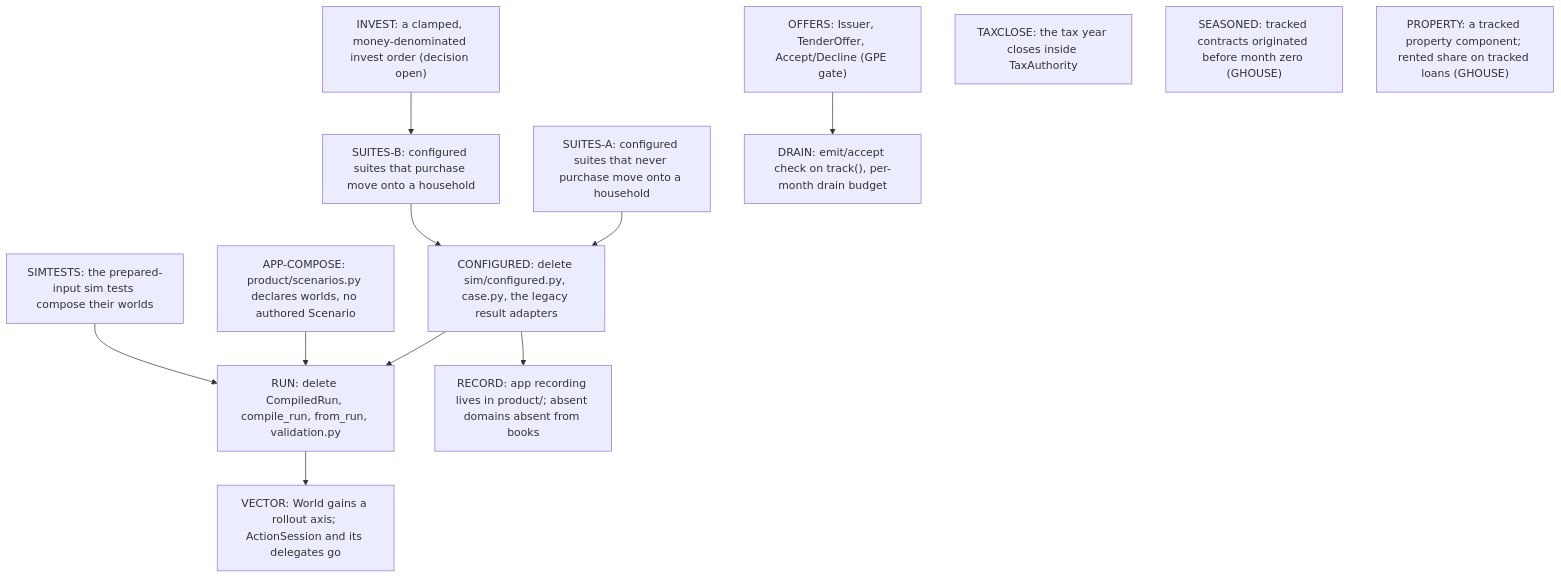
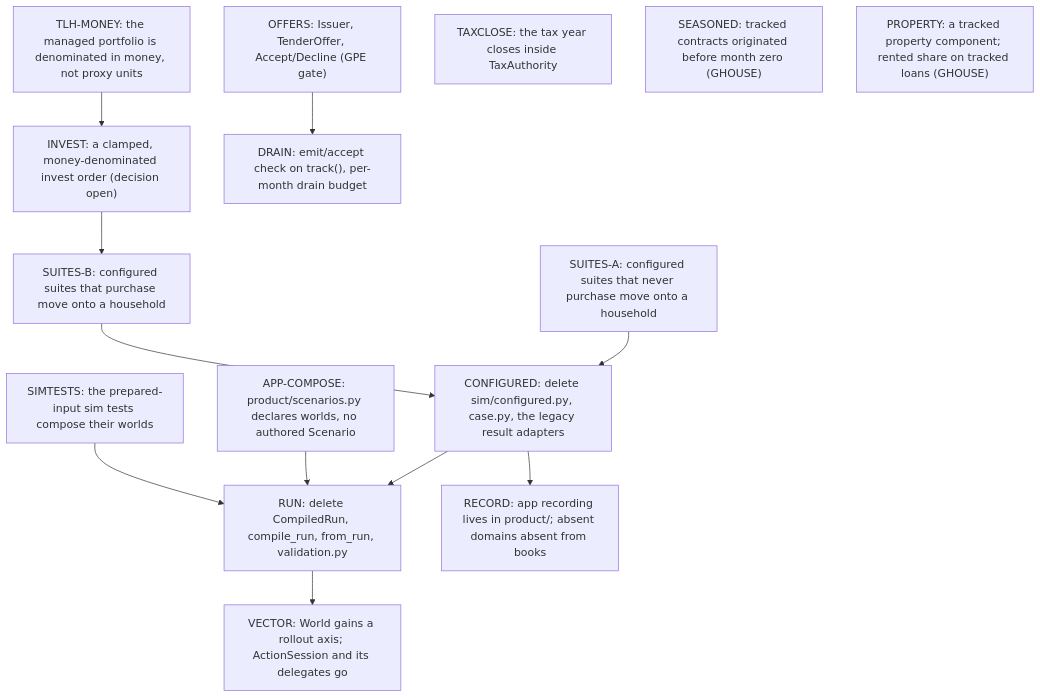
Before and after one commit to agentydragon/ducktape: the diagram in finance/augur/plans/library_design_gates.md, drawn with Mermaid. The commit also changed other lines of this file, not shown here.

First line of the commit message:
augur: TLH-MONEY, the managed portfolio denominated in money, precedes INVEST

````diff
--- a/finance/augur/plans/library_design_gates.md
+++ b/finance/augur/plans/library_design_gates.md
@@ -251,26 +251,28 @@
 ```mermaid
 graph TD
+    TLH_MONEY["TLH-MONEY: the managed portfolio is denominated in money, not proxy units"]
     INVEST["INVEST: a clamped, money-denominated invest order (decision open)"]
     SUITES_NOBUY["SUITES-A: configured suites that never purchase move onto a household"]
     SUITES_BUY["SUITES-B: configured suites that purchase move onto a household"]
     CONFIGURED_GONE["CONFIGURED: delete sim/configured.py, case.py, the legacy result adapters"]
     APP_COMPOSE["APP-COMPOSE: product/scenarios.py declares worlds, no authored Scenario"]
     SIMTESTS["SIMTESTS: the prepared-input sim tests compose their worlds"]
     RUN_GONE["RUN: delete CompiledRun, compile_run, from_run, validation.py"]
     RECORD["RECORD: app recording lives in product/; absent domains absent from books"]
     OFFERS["OFFERS: Issuer, TenderOffer, Accept/Decline (GPE gate)"]
     DRAIN["DRAIN: emit/accept check on track(), per-month drain budget"]
     TAXCLOSE["TAXCLOSE: the tax year closes inside TaxAuthority"]
     SEASONED["SEASONED: tracked contracts originated before month zero (GHOUSE)"]
     PROPERTY["PROPERTY: a tracked property component; rented share on tracked loans (GHOUSE)"]
     VECTOR["VECTOR: World gains a rollout axis; ActionSession and its delegates go"]
+    TLH_MONEY --> INVEST
     INVEST --> SUITES_BUY
     SUITES_NOBUY --> CONFIGURED_GONE
     SUITES_BUY --> CONFIGURED_GONE
     CONFIGURED_GONE --> RUN_GONE
     APP_COMPOSE --> RUN_GONE
     SIMTESTS --> RUN_GONE
     CONFIGURED_GONE --> RECORD
     OFFERS --> DRAIN
     RUN_GONE --> VECTOR
 ```
````
